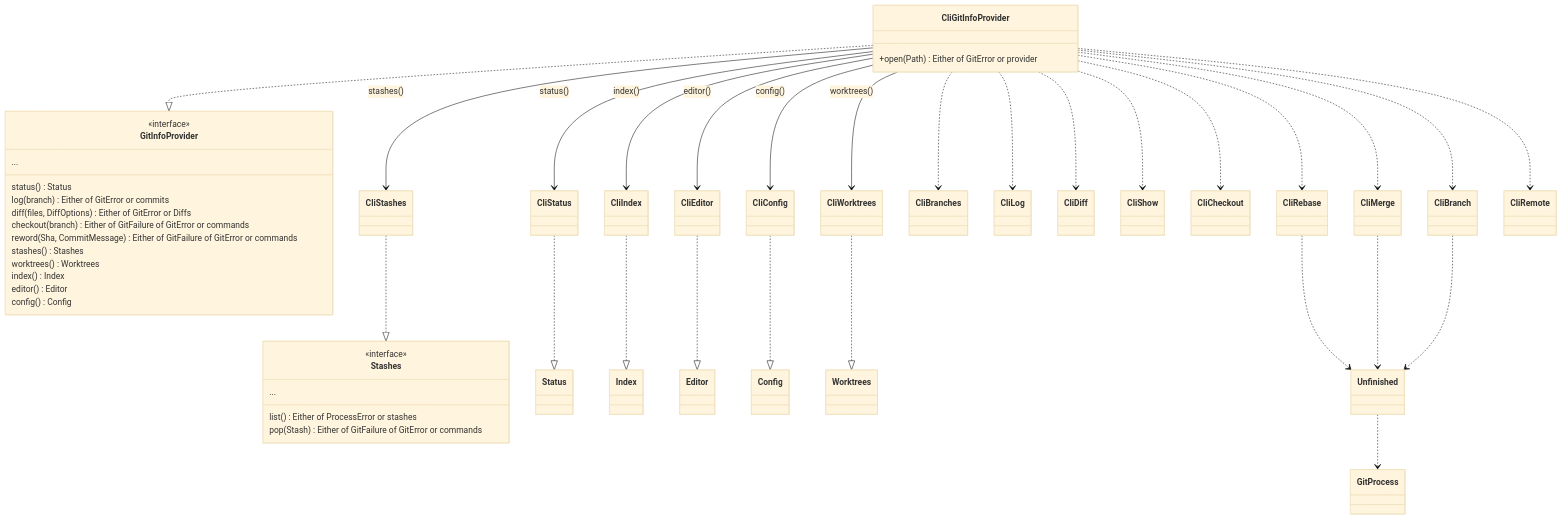
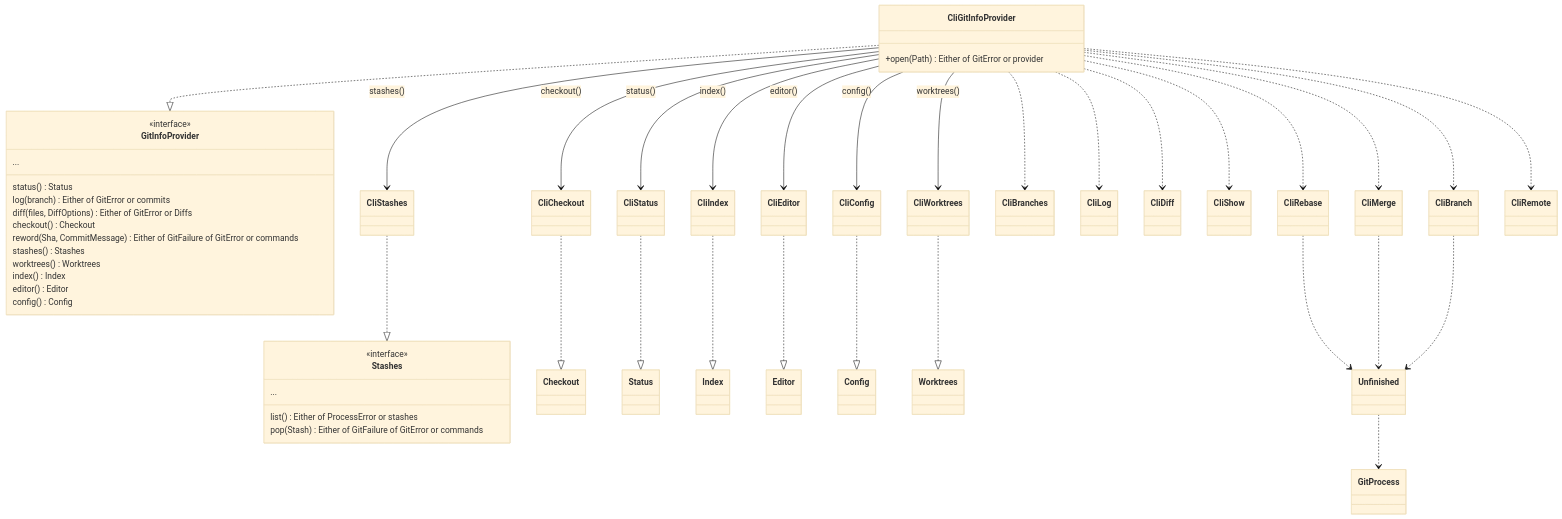
One commit to cvanfleteren/jazygit changed the fourth of 7 diagrams in ARCHITECTURE.md. Above: the diagram before and after it, drawn with Mermaid (base theme).

Commit message:
ARCHITECTURE.md shows the checkout as roles

````diff
--- a/ARCHITECTURE.md
+++ b/ARCHITECTURE.md
@@ -832,52 +832,53 @@
 ```mermaid
 classDiagram
     class GitInfoProvider {
         <<interface>>
         status() Status
         log(branch) Either of GitError or commits
         diff(files, DiffOptions) Either of GitError or Diffs
-        checkout(branch) Either of GitFailure of GitError or commands
+        checkout() Checkout
         reword(Sha, CommitMessage) Either of GitFailure of GitError or commands
         stashes() Stashes
         worktrees() Worktrees
         index() Index
         editor() Editor
         config() Config
         ...
     }
     class CliGitInfoProvider {
         +open(Path) Either of GitError or provider
     }
     class Stashes {
         <<interface>>
         list() Either of ProcessError or stashes
         pop(Stash) Either of GitFailure of GitError or commands
         ...
     }
     CliGitInfoProvider ..|> GitInfoProvider
     CliStashes ..|> Stashes
+    CliCheckout ..|> Checkout
     CliStatus ..|> Status
     CliIndex ..|> Index
     CliEditor ..|> Editor
     CliConfig ..|> Config
     CliGitInfoProvider --> CliEditor : editor()
     CliGitInfoProvider --> CliConfig : config()
     CliWorktrees ..|> Worktrees
     CliGitInfoProvider --> CliWorktrees : worktrees()
     CliGitInfoProvider --> CliStatus : status()
     CliGitInfoProvider ..> CliBranches
     CliGitInfoProvider ..> CliLog
     CliGitInfoProvider ..> CliDiff
     CliGitInfoProvider ..> CliShow
-    CliGitInfoProvider ..> CliCheckout
+    CliGitInfoProvider --> CliCheckout : checkout()
     CliGitInfoProvider ..> CliBranch
     CliGitInfoProvider --> CliIndex : index()
     CliGitInfoProvider ..> CliMerge
     CliGitInfoProvider ..> CliRebase
     CliGitInfoProvider --> CliStashes : stashes()
     CliGitInfoProvider ..> CliRemote
     CliRebase ..> Unfinished
     CliMerge ..> Unfinished
     CliBranch ..> Unfinished
     Unfinished ..> GitProcess
 ```
````
